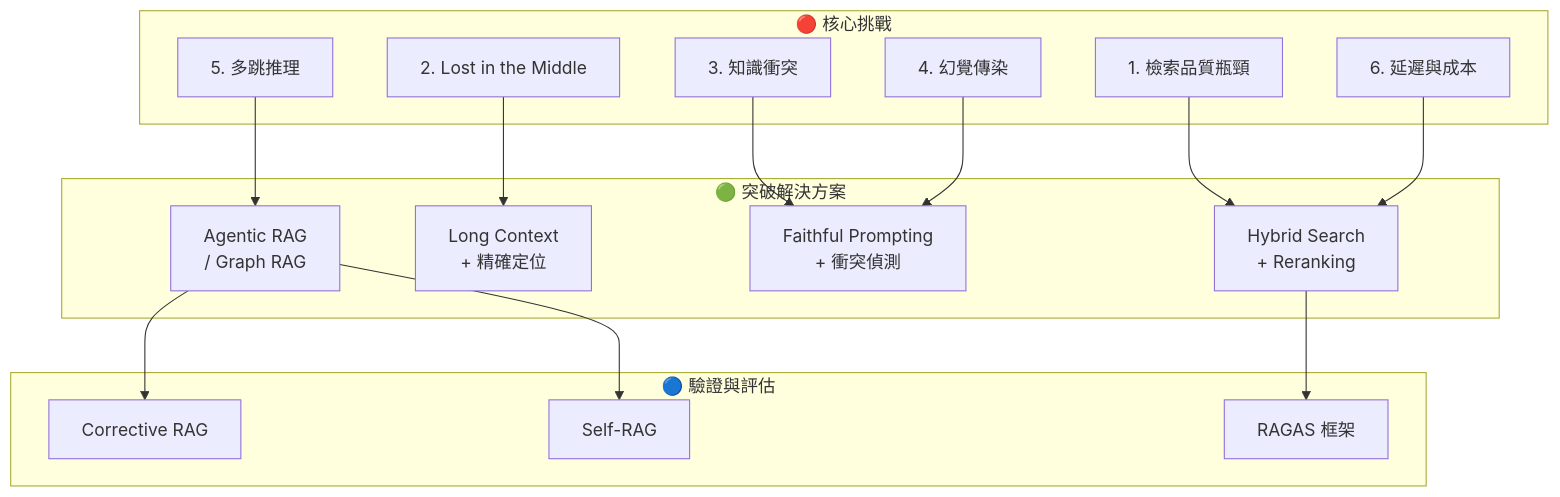
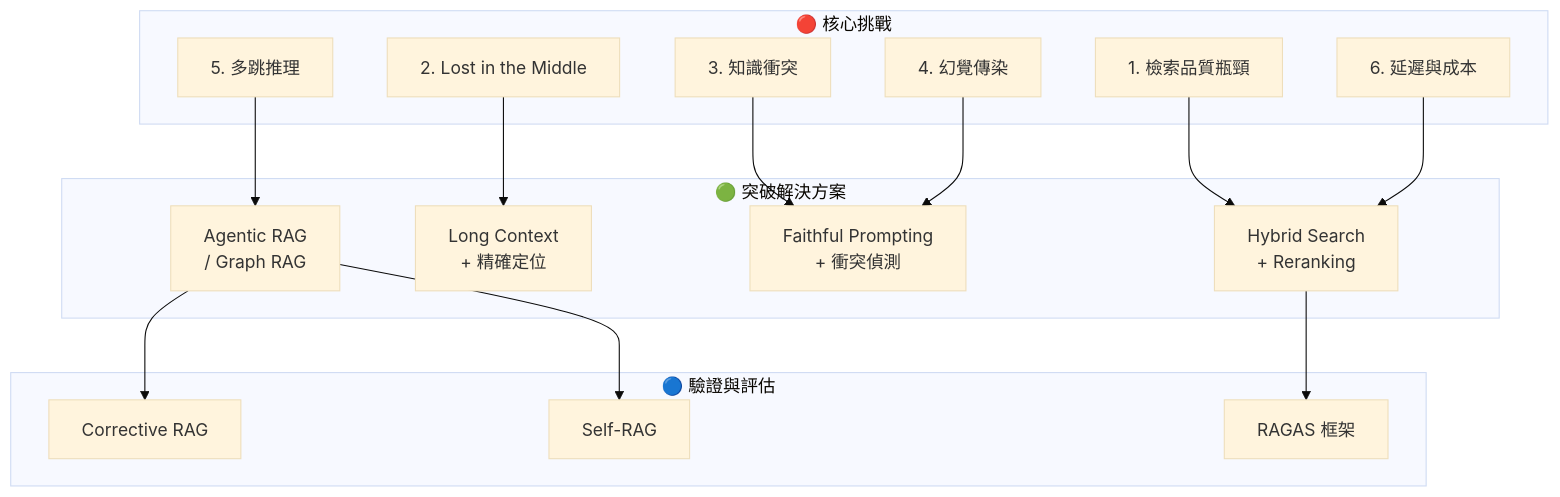
The diagram in _posts/2026/2026-03-25-rag-challenges-and-breakthroughs.md (osisdie/osisdie.github.io), drawn with Mermaid before and after one commit. The commit also changed other lines of this file and 2 other files, not shown here.

First line of the commit message:
fix: improve RAG post readability - headings, font-weight, mermaid, hero image

```diff
--- a/_posts/2026/2026-03-25-rag-challenges-and-breakthroughs.md
+++ b/_posts/2026/2026-03-25-rag-challenges-and-breakthroughs.md
@@ -53,34 +52,35 @@
-<pre class="mermaid" style="width: 100%; overflow-x: auto;">
+<pre class="mermaid" style="width: 100%; overflow-x: auto; text-align: center;">
+%%{init: {'theme': 'base', 'themeVariables': {'fontSize': '16px', 'fontFamily': 'Roboto, Noto Sans TC, sans-serif'}}}%%
 graph TD
   subgraph C["🔴 核心挑戰"]
     C1["1. 檢索品質瓶頸"]
     C2["2. Lost in the Middle"]
     C3["3. 知識衝突"]
     C4["4. 幻覺傳染"]
     C5["5. 多跳推理"]
     C6["6. 延遲與成本"]
   end
 
   subgraph S["🟢 突破解決方案"]
     S1["Hybrid Search\n+ Reranking"]
     S2["Long Context\n+ 精確定位"]
     S3["Faithful Prompting\n+ 衝突偵測"]
     S4["Agentic RAG\n/ Graph RAG"]
   end
 
   subgraph E["🔵 驗證與評估"]
     E1["Corrective RAG"]
     E2["Self-RAG"]
     E3["RAGAS 框架"]
   end
 
   C1 --> S1
   C2 --> S2
   C3 --> S3
   C4 --> S3
   C5 --> S4
   C6 --> S1
   S1 --> E3
   S4 --> E1
   S4 --> E2
 </pre>
```
